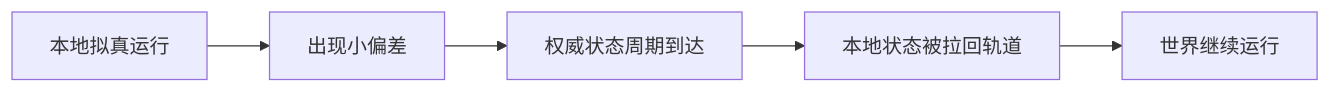
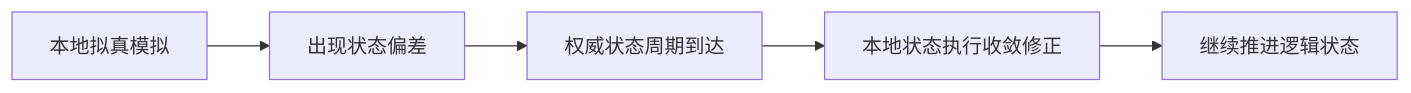
The third of 5 diagrams in 帧同步技术分享/slidev/slides.md (boomlulu/knowledge-share), drawn with Mermaid before and after one commit. The commit also changed other lines of this file and 8 other files, not shown here.

````diff
--- a/帧同步技术分享/slidev/slides.md
+++ b/帧同步技术分享/slidev/slides.md
@@ -541,7 +609,7 @@
 ```mermaid
 flowchart LR
-  A["本地拟真运行"] --> B["出现小偏差"]
+  A["本地拟真模拟"] --> B["出现状态偏差"]
   B --> C["权威状态周期到达"]
-  C --> D["本地状态被拉回轨道"]
-  D --> E["世界继续运行"]
+  C --> D["本地状态执行收敛修正"]
+  D --> E["继续推进逻辑状态"]
 ```
````
